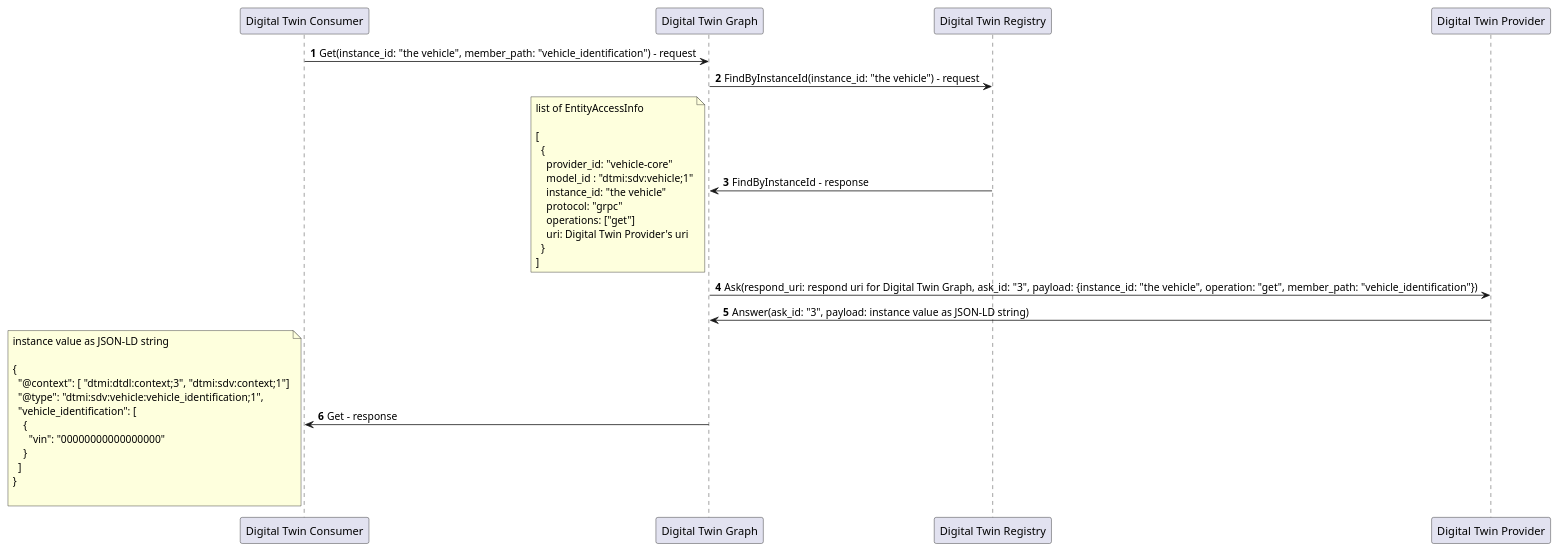
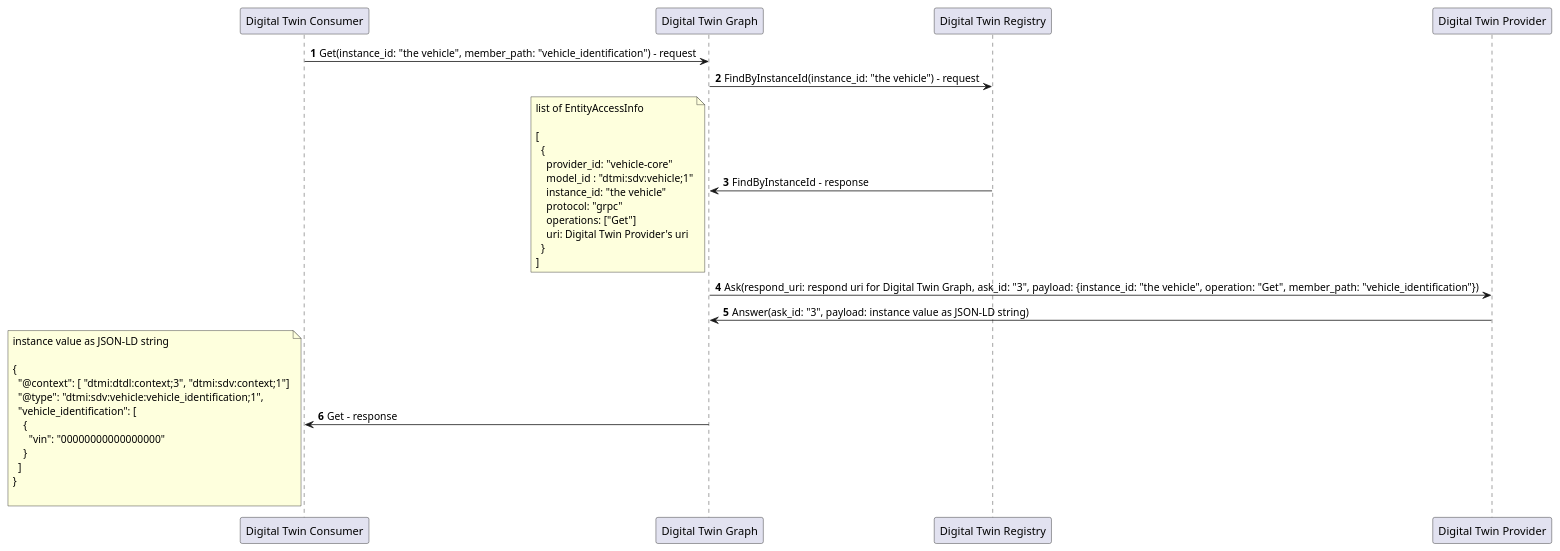
Before and after one commit to eclipse-ibeji/ibeji: the diagram in docs/design/modules/digital_twin_graph/diagrams/get_sequence.puml, drawn with PlantUML. The commit also changed 3 other files, not shown here.

Commit message:
Digital Twin Graph

```diff
--- a/docs/design/modules/digital_twin_graph/diagrams/get_sequence.puml
+++ b/docs/design/modules/digital_twin_graph/diagrams/get_sequence.puml
@@ -1,48 +1,48 @@
 @startuml
 
 autonumber
 
 participant "Digital Twin Consumer" as CONSUMER
 participant "Digital Twin Graph" as DIGITAL_TWIN_GRAPH
 participant "Digital Twin Registry" as DIGITAL_TWIN_REGISTRY
 participant "Digital Twin Provider" as PROVIDER
 
 CONSUMER -> DIGITAL_TWIN_GRAPH: Get(instance_id: "the vehicle", member_path: "vehicle_identification") - request
 
 DIGITAL_TWIN_GRAPH -> DIGITAL_TWIN_REGISTRY: FindByInstanceId(instance_id: "the vehicle") - request
 DIGITAL_TWIN_GRAPH <- DIGITAL_TWIN_REGISTRY: FindByInstanceId - response
 note left
   list of EntityAccessInfo
 
   [
     {
       provider_id: "vehicle-core"
       model_id : "dtmi:sdv:vehicle;1"
       instance_id: "the vehicle"
       protocol: "grpc"
-      operations: ["get"]
+      operations: ["Get"]
       uri: Digital Twin Provider's uri
     }
   ]
 end note
 
-DIGITAL_TWIN_GRAPH -> PROVIDER: Ask(respond_uri: respond uri for Digital Twin Graph, ask_id: "3", payload: {instance_id: "the vehicle", operation: "get", member_path: "vehicle_identification"})
+DIGITAL_TWIN_GRAPH -> PROVIDER: Ask(respond_uri: respond uri for Digital Twin Graph, ask_id: "3", payload: {instance_id: "the vehicle", operation: "Get", member_path: "vehicle_identification"})
 DIGITAL_TWIN_GRAPH <- PROVIDER: Answer(ask_id: "3", payload: instance value as JSON-LD string)
 
 CONSUMER <- DIGITAL_TWIN_GRAPH: Get - response
 note left
   instance value as JSON-LD string
 
   {
     "@context": [ "dtmi:dtdl:context;3", "dtmi:sdv:context;1"]
     "@type": "dtmi:sdv:vehicle:vehicle_identification;1",
     "vehicle_identification": [
       {
         "vin": "00000000000000000"
       }
     ]
   }
 
 end note
 
 @enduml
```
